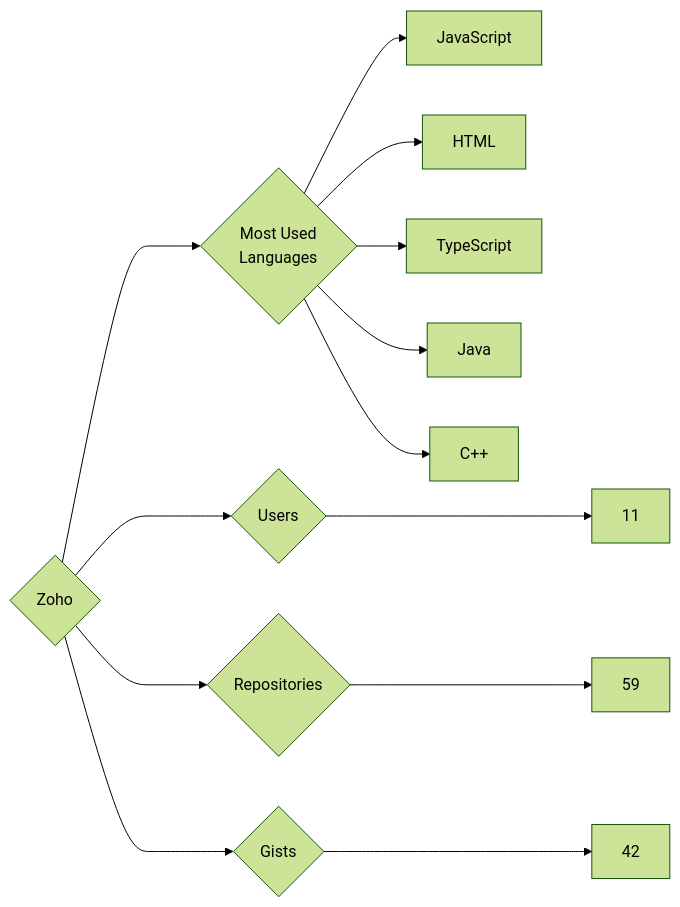
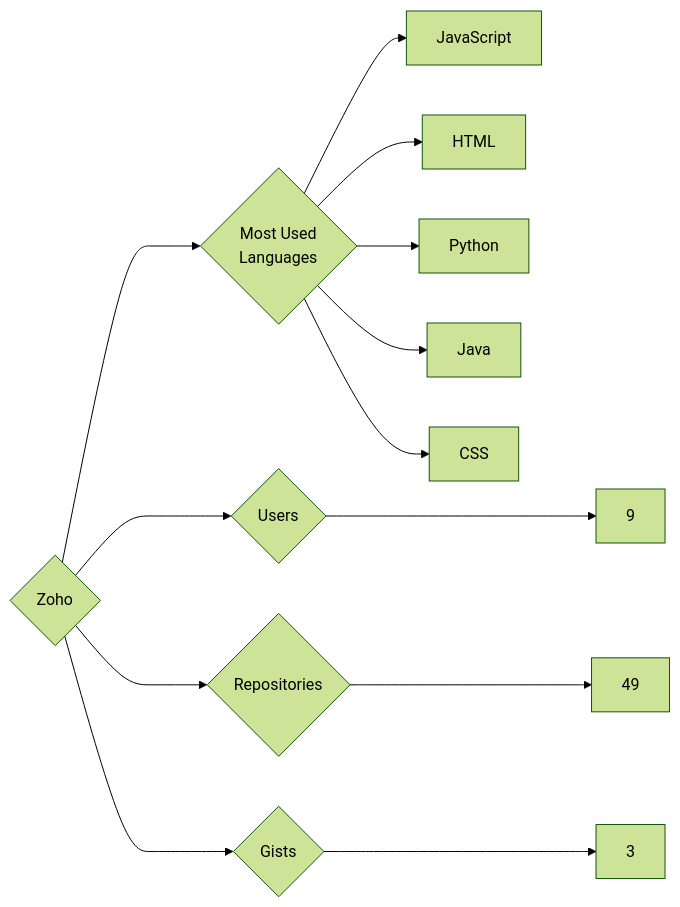
The diagram in targets/Zoho/README.md (trickest/insiders), drawn with Mermaid (forest theme) before and after one commit. The commit also changed 964 other files, not shown here.

````diff
--- a/targets/Zoho/README.md
+++ b/targets/Zoho/README.md
@@ -3,13 +3,13 @@
 ```mermaid
 graph LR
 COMPANY_NAME{Zoho}
-COMPANY_NAME ---> U{Users} ---> UN[11]
-COMPANY_NAME ---> R{Repositories} ---> RN[59]
-COMPANY_NAME ---> G{Gists} ---> GN[42]
+COMPANY_NAME ---> U{Users} ---> UN[9]
+COMPANY_NAME ---> R{Repositories} ---> RN[49]
+COMPANY_NAME ---> G{Gists} ---> GN[3]
 COMPANY_NAME ---> ML{Most Used<br>Languages}
 ML --> JavaScript[JavaScript]
 ML --> HTML[HTML]
-ML --> TypeScript[TypeScript]
+ML --> Python[Python]
 ML --> Java[Java]
-ML --> C++[C++]
+ML --> CSS[CSS]
 ```
````
